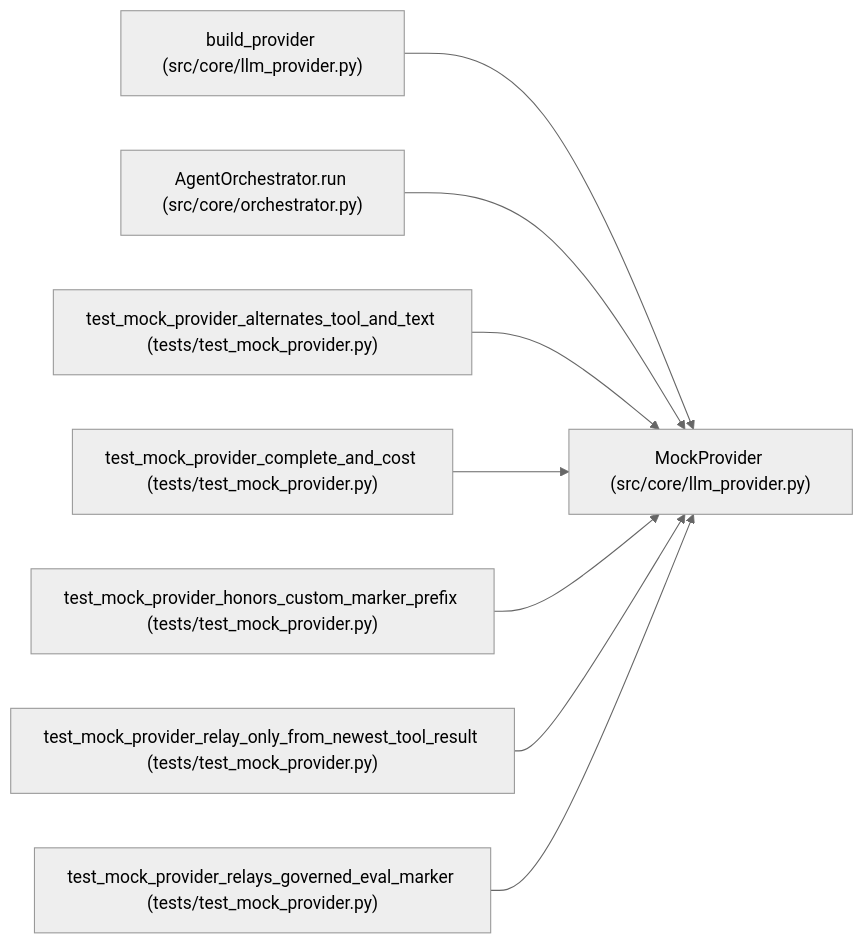
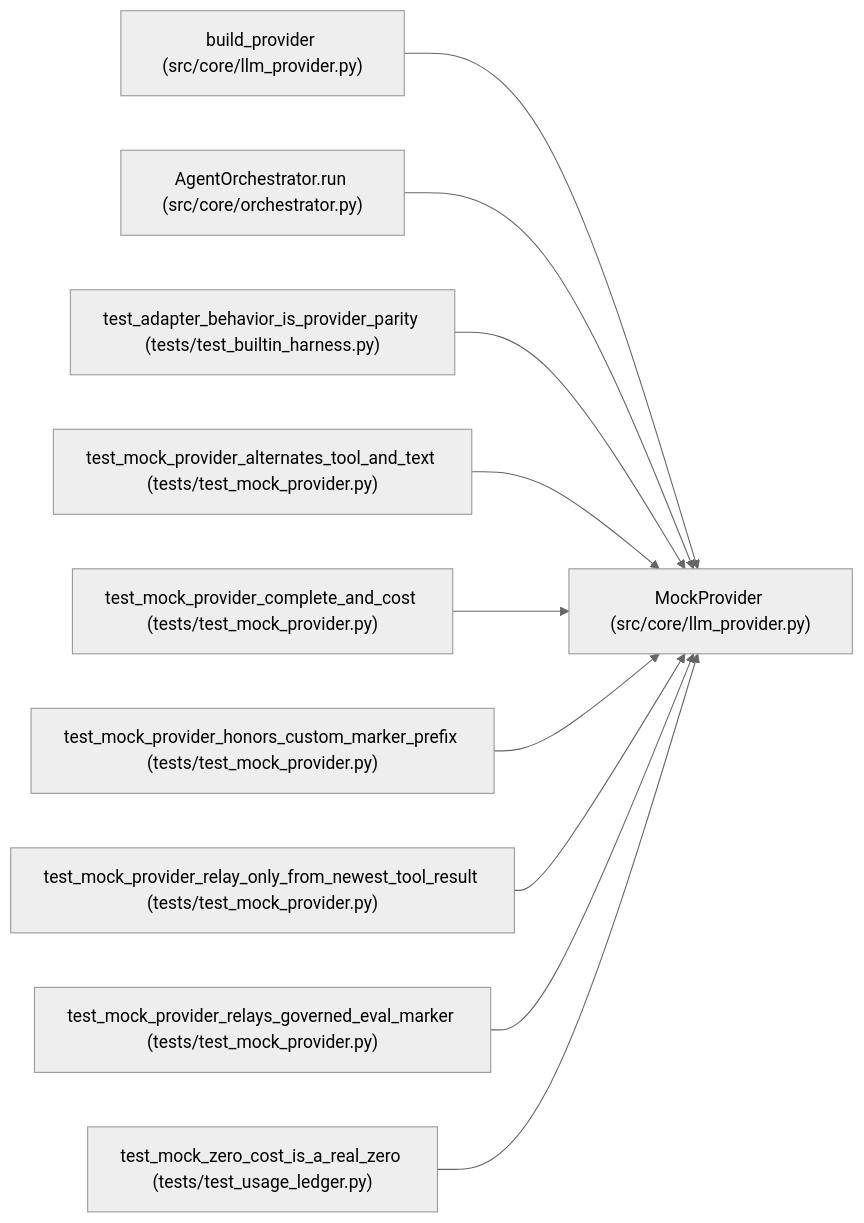
The diagram in docs/llm_wiki/entities/MockProvider.md (Denissvgn/autoresearch-agent), drawn with Mermaid (neutral theme) before and after one commit. The commit also changed other lines of this file and 1033 other files, not shown here.

````diff
--- a/docs/llm_wiki/entities/MockProvider.md
+++ b/docs/llm_wiki/entities/MockProvider.md
@@ -43,26 +44,32 @@
 ```mermaid
 flowchart LR
     n0["MockProvider (src/core/llm_provider.py)"]
     n1["build_provider (src/core/llm_provider.py)"]
     n2["AgentOrchestrator.run (src/core/orchestrator.py)"]
-    n3["test_mock_provider_alternates_tool_and_text (tests/test_mock_provider.py)"]
-    n4["test_mock_provider_complete_and_cost (tests/test_mock_provider.py)"]
-    n5["test_mock_provider_honors_custom_marker_prefix (tests/test_mock_provider.py)"]
-    n6["test_mock_provider_relay_only_from_newest_tool_result (tests/test_mock_provider.py)"]
-    n7["test_mock_provider_relays_governed_eval_marker (tests/test_mock_provider.py)"]
+    n3["test_adapter_behavior_is_provider_parity (tests/test_builtin_harness.py)"]
+    n4["test_mock_provider_alternates_tool_and_text (tests/test_mock_provider.py)"]
+    n5["test_mock_provider_complete_and_cost (tests/test_mock_provider.py)"]
+    n6["test_mock_provider_honors_custom_marker_prefix (tests/test_mock_provider.py)"]
+    n7["test_mock_provider_relay_only_from_newest_tool_result (tests/test_mock_provider.py)"]
+    n8["test_mock_provider_relays_governed_eval_marker (tests/test_mock_provider.py)"]
+    n9["test_mock_zero_cost_is_a_real_zero (tests/test_usage_ledger.py)"]
     n1 --> n0
     n2 --> n0
     n3 --> n0
     n4 --> n0
     n5 --> n0
     n6 --> n0
     n7 --> n0
+    n8 --> n0
+    n9 --> n0
     click n0 "../modules/llm_provider.md"
     click n1 "../modules/llm_provider.md"
     click n2 "../modules/orchestrator.md"
-    click n3 "../modules/test_mock_provider.md"
+    click n3 "../modules/test_builtin_harness.md"
     click n4 "../modules/test_mock_provider.md"
     click n5 "../modules/test_mock_provider.md"
     click n6 "../modules/test_mock_provider.md"
     click n7 "../modules/test_mock_provider.md"
+    click n8 "../modules/test_mock_provider.md"
+    click n9 "../modules/test_usage_ledger.md"
 ```
````
